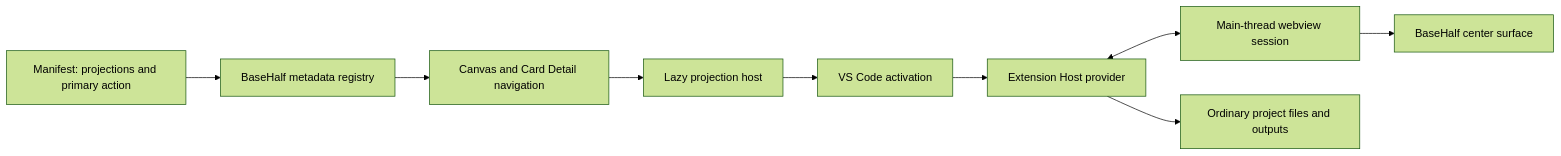
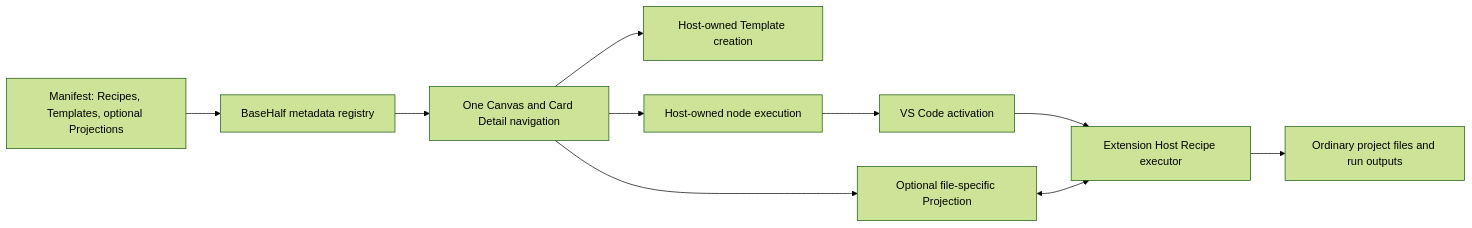
Before and after one commit to Pointa-Labs/basehalf: the diagram in docs/plugin-architecture.md, drawn with Mermaid (forest theme). The commit also changed other lines of this file and 8 other files, not shown here.

````diff
--- a/docs/plugin-architecture.md
+++ b/docs/plugin-architecture.md
@@ -50,11 +56,12 @@
 ```mermaid
 flowchart LR
-  M["Manifest: projections and primary action"] --> E["BaseHalf metadata registry"]
-  E --> N["Canvas and Card Detail navigation"]
-  N --> H["Lazy projection host"]
+  M["Manifest: Recipes, Templates, optional Projections"] --> E["BaseHalf metadata registry"]
+  E --> N["One Canvas and Card Detail navigation"]
+  N --> T["Host-owned Template creation"]
+  N --> H["Host-owned node execution"]
   H --> A["VS Code activation"]
-  A --> X["Extension Host provider"]
-  X <--> R["Main-thread webview session"]
-  R --> C["BaseHalf center surface"]
-  X --> F["Ordinary project files and outputs"]
+  A --> X["Extension Host Recipe executor"]
+  X --> F["Ordinary project files and run outputs"]
+  N --> P["Optional file-specific Projection"]
+  P <--> X
 ```
````
